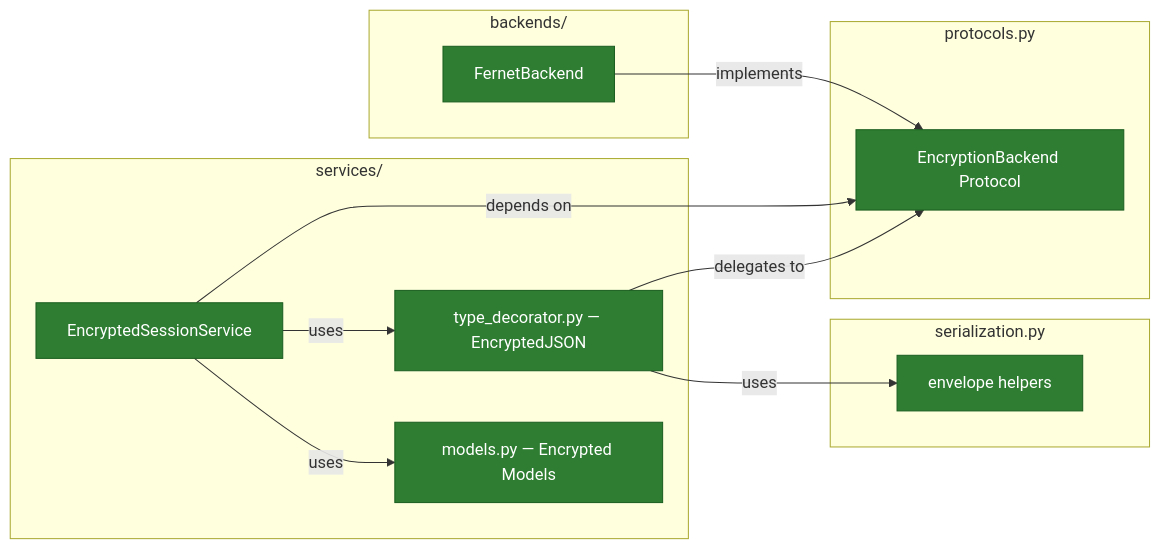
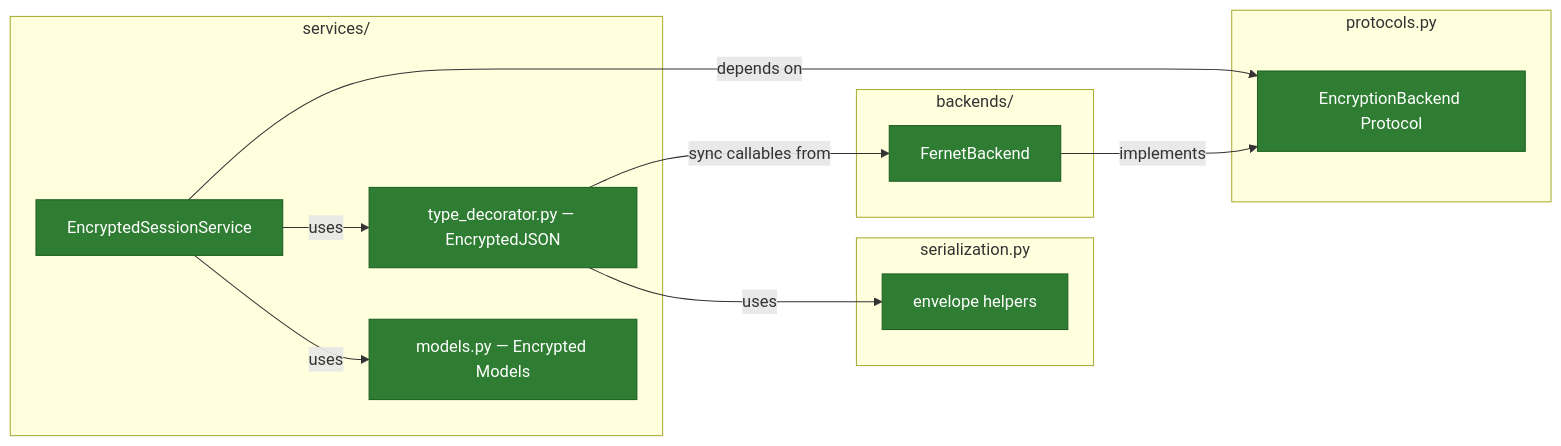
Before and after one commit to Alberto-Codes/adk-secure-sessions: the third of 3 diagrams in docs/ARCHITECTURE.md, drawn with Mermaid. The commit also changed other lines of this file and 4 other files, not shown here.

````diff
--- a/docs/ARCHITECTURE.md
+++ b/docs/ARCHITECTURE.md
@@ -71,34 +71,34 @@
 ```mermaid
 graph LR
     subgraph protocols.py
         EB2[EncryptionBackend Protocol]
     end
 
     subgraph services/
         ESS2[EncryptedSessionService]
         TD2[type_decorator.py — EncryptedJSON]
         MOD2[models.py — Encrypted Models]
     end
 
     subgraph backends/
         FB2[FernetBackend]
     end
 
     subgraph serialization.py
         SER[envelope helpers]
     end
 
     ESS2 -->|depends on| EB2
     ESS2 -->|uses| TD2
     ESS2 -->|uses| MOD2
-    TD2 -->|delegates to| EB2
+    TD2 -->|sync callables from| FB2
     TD2 -->|uses| SER
     FB2 -->|implements| EB2
 
     style EB2 fill:#2e7d32,stroke:#1b5e20,color:#fff
     style ESS2 fill:#2e7d32,stroke:#1b5e20,color:#fff
     style TD2 fill:#2e7d32,stroke:#1b5e20,color:#fff
     style MOD2 fill:#2e7d32,stroke:#1b5e20,color:#fff
     style FB2 fill:#2e7d32,stroke:#1b5e20,color:#fff
     style SER fill:#2e7d32,stroke:#1b5e20,color:#fff
 ```
````
